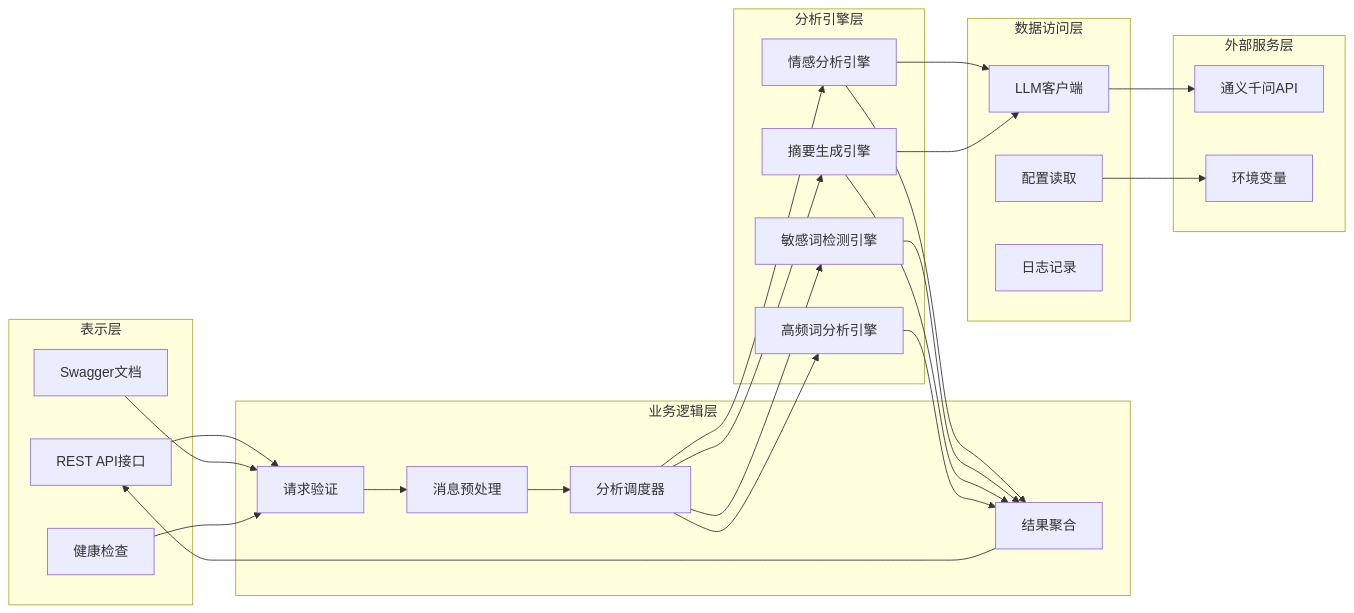
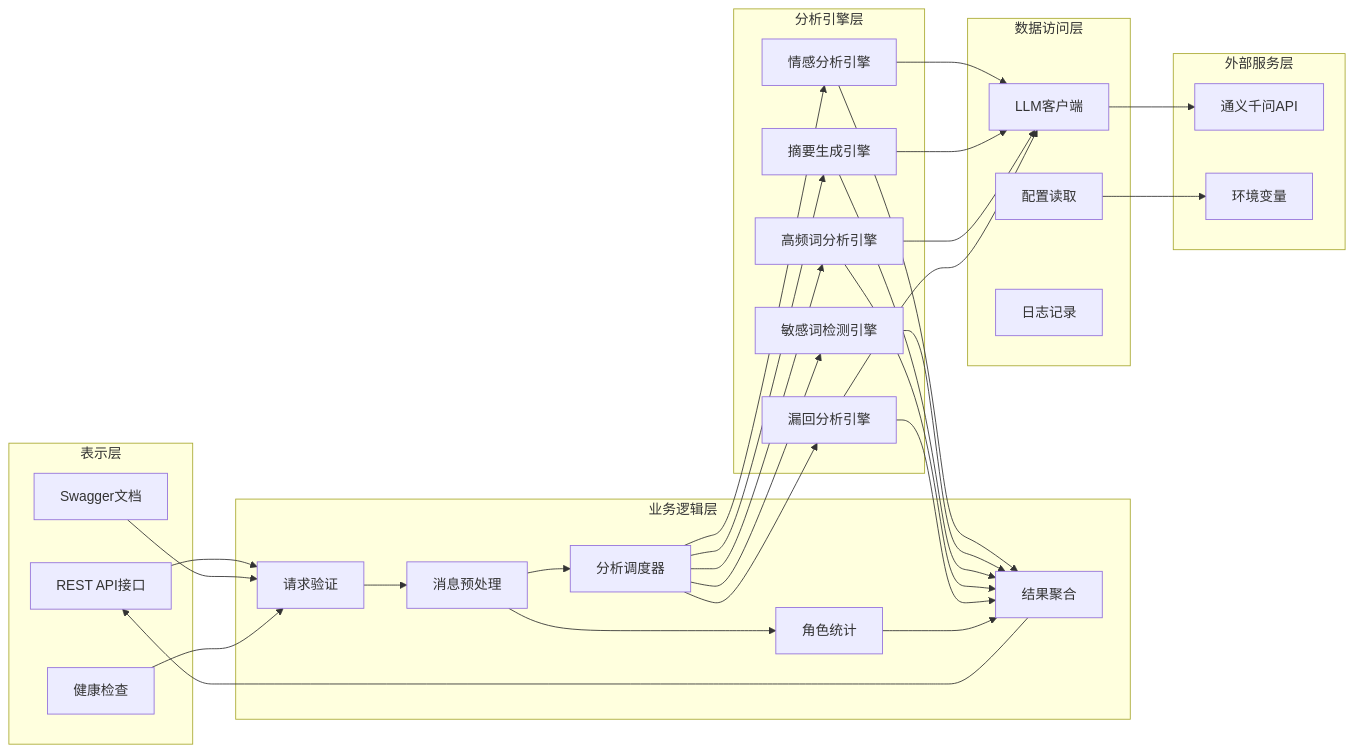
The second of 10 diagrams in 系统架构图.md (competition-W/wechat_analysis), drawn with Mermaid before and after one commit. The commit also changed other lines of this file and 28 other files, not shown here.

````diff
--- a/系统架构图.md
+++ b/系统架构图.md
@@ -59,52 +63,60 @@
 ```mermaid
 graph LR
     subgraph 表示层
         A1[REST API接口]
         A2[Swagger文档]
         A3[健康检查]
     end
     
     subgraph 业务逻辑层
         B1[请求验证]
         B2[消息预处理]
         B3[分析调度器]
         B4[结果聚合]
+        B5[角色统计]
     end
     
     subgraph 分析引擎层
         C1[情感分析引擎]
         C2[敏感词检测引擎]
         C3[摘要生成引擎]
         C4[高频词分析引擎]
+        C5[漏回分析引擎]
     end
     
     subgraph 数据访问层
         D1[LLM客户端]
         D2[配置读取]
         D3[日志记录]
     end
     
     subgraph 外部服务层
         E1[通义千问API]
         E2[环境变量]
     end
     
     A1 --> B1
     A2 --> B1
     A3 --> B1
     B1 --> B2
     B2 --> B3
+    B2 --> B5
     B3 --> C1
     B3 --> C2
     B3 --> C3
     B3 --> C4
+    B3 --> C5
     C1 --> B4
     C2 --> B4
     C3 --> B4
     C4 --> B4
+    C5 --> B4
+    B5 --> B4
     B4 --> A1
     C1 --> D1
     C3 --> D1
+    C4 --> D1
+    C5 --> D1
     D1 --> E1
     D2 --> E2
 ```
````
